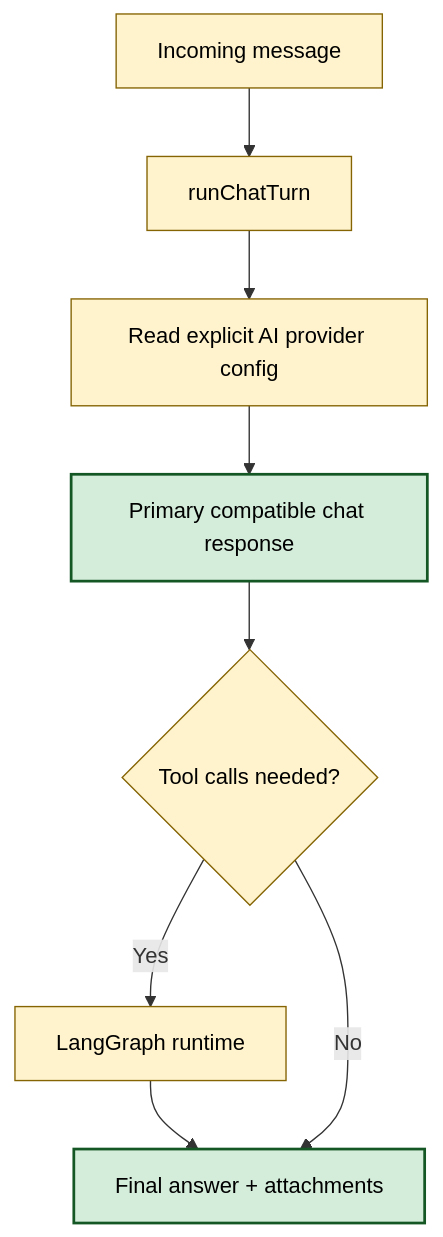
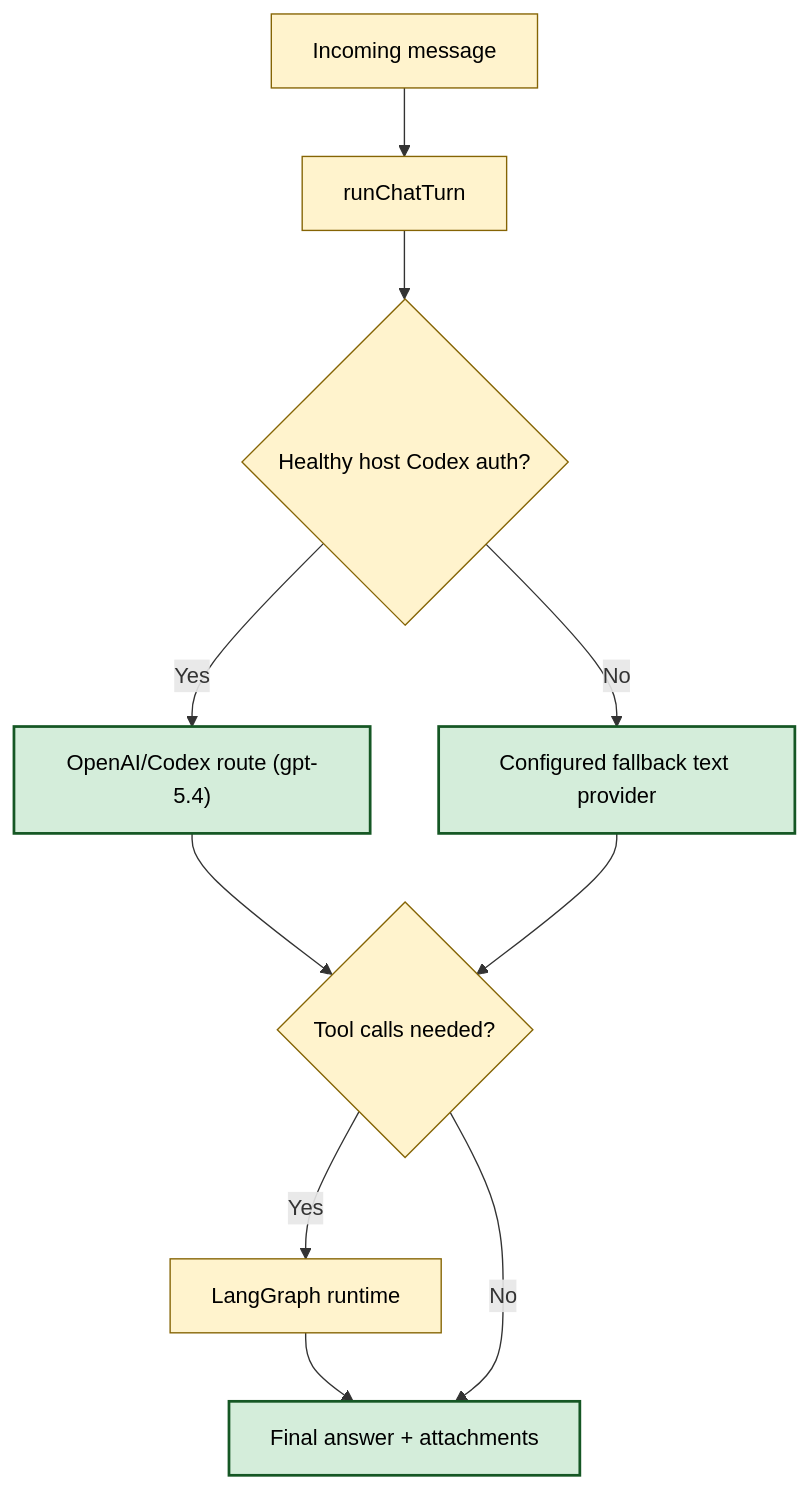
The diagram in docs/reference/MODELS.md (BokX1/Sage), drawn with Mermaid before and after one commit. The commit also changed other lines of this file and 38 other files, not shown here.

Commit message:
feat: add real host codex login flow

````diff
--- a/docs/reference/MODELS.md
+++ b/docs/reference/MODELS.md
@@ -36,13 +37,15 @@
 ```mermaid
 flowchart TD
     classDef logic fill:#fff3cd,stroke:#856404,stroke-width:1px,color:black
     classDef model fill:#d4edda,stroke:#155724,stroke-width:2px,color:black
 
     A[Incoming message]:::logic --> B[runChatTurn]:::logic
-    B --> C[Read explicit AI provider config]:::logic
-    C --> D[Primary compatible chat response]:::model
-    D --> E{Tool calls needed?}:::logic
-    E -->|Yes| F[LangGraph runtime]:::logic
-    F --> G[Final answer + attachments]:::model
-    E -->|No| G
+    B --> C{"Healthy host Codex auth?"}:::logic
+    C -->|Yes| D["OpenAI/Codex route (gpt-5.4)"]:::model
+    C -->|No| E["Configured fallback text provider"]:::model
+    D --> F{Tool calls needed?}:::logic
+    E --> F
+    F -->|Yes| G[LangGraph runtime]:::logic
+    G --> H[Final answer + attachments]:::model
+    F -->|No| H
 ```
````
